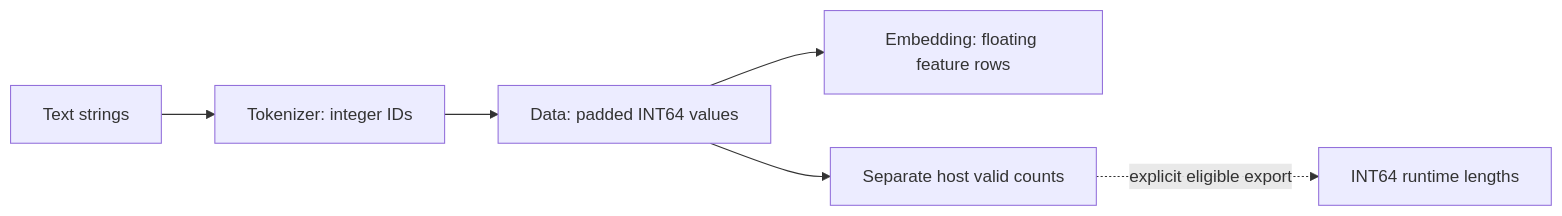
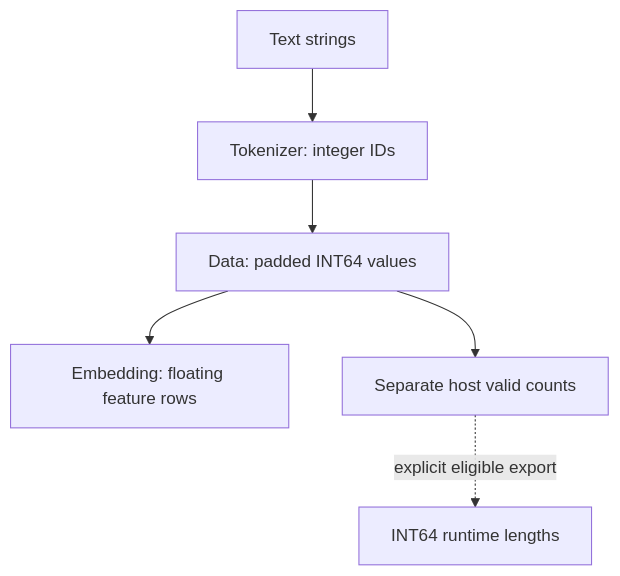
One commit to pho001/Synaptik changed the diagram in docs/reference/text/tokenization.md. Above: the diagram before and after it, drawn with Mermaid. The commit also changed other lines of this file and 974 other files, not shown here.

````diff
--- a/docs/reference/text/tokenization.md
+++ b/docs/reference/text/tokenization.md
@@ -11,9 +11,9 @@
 ```mermaid
-flowchart LR
+flowchart TD
     accTitle: Text IDs, padding counts and learned features have different roles
     accDescr: Text is encoded to integer token IDs, which Data pads into values plus valid counts. An embedding maps IDs to floating features. Counts are separate metadata and must be explicitly exported for eligible recurrent inputs; no automatic model-builder chain is implied.
     T["Text strings"] --> K["Tokenizer: integer IDs"] --> D["Data: padded INT64 values"]
     D --> E["Embedding: floating feature rows"]
     D --> L["Separate host valid counts"]
     L -. "explicit eligible export" .-> R["INT64 runtime lengths"]
 ```
````
